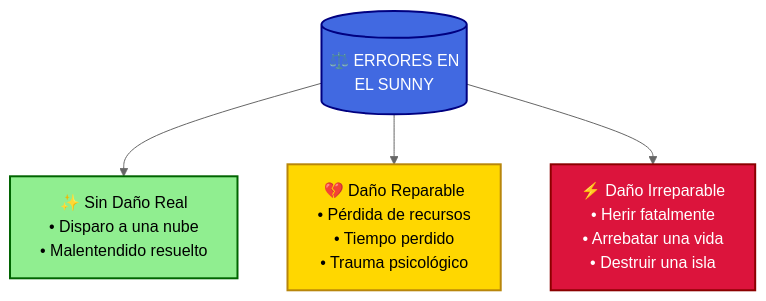
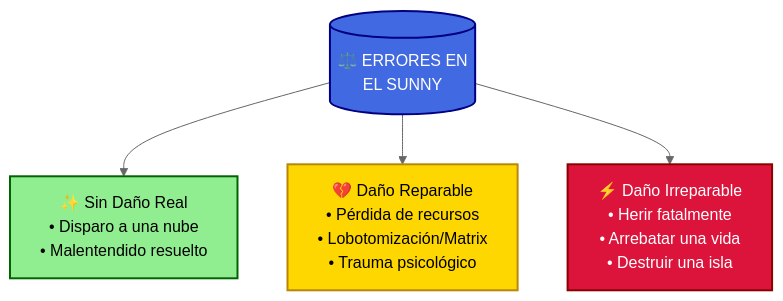
One commit to ebynnerlys/Repositorio-de-Papers changed the first of 5 diagrams in Otros temas/Actualizaciones diarias/El Diario del Sunny - Lecciones de un Nakama en One Piece.md. Above: the diagram before and after it, drawn with Mermaid (neutral theme). The commit also changed other lines of this file and 1 other file, not shown here.

````diff
--- a/Otros temas/Actualizaciones diarias/El Diario del Sunny - Lecciones de un Nakama en One Piece.md
+++ b/Otros temas/Actualizaciones diarias/El Diario del Sunny - Lecciones de un Nakama en One Piece.md
@@ -357,16 +375,16 @@
 ```mermaid
 graph TD
     classDef leve fill:#90EE90,stroke:#006400,color:black,stroke-width:2px
     classDef moderado fill:#FFD700,stroke:#B8860B,color:black,stroke-width:2px
     classDef grave fill:#DC143C,stroke:#8B0000,color:white,stroke-width:2px
     classDef categoria fill:#4169E1,stroke:#000080,color:white,stroke-width:2px
 
     A[("⚖️ ERRORES EN<br/>EL SUNNY")]:::categoria
     B["✨ Sin Daño Real<br/>• Disparo a una nube<br/>• Malentendido resuelto"]:::leve
-    C["💔 Daño Reparable<br/>• Pérdida de recursos<br/>• Tiempo perdido<br/>• Trauma psicológico"]:::moderado
+    C["💔 Daño Reparable<br/>• Pérdida de recursos<br/>• Lobotomización/Matrix<br/>• Trauma psicológico"]:::moderado
     D["⚡ Daño Irreparable<br/>• Herir fatalmente<br/>• Arrebatar una vida<br/>• Destruir una isla"]:::grave
 
     A --> B
     A --> C
     A --> D
 ```
````
